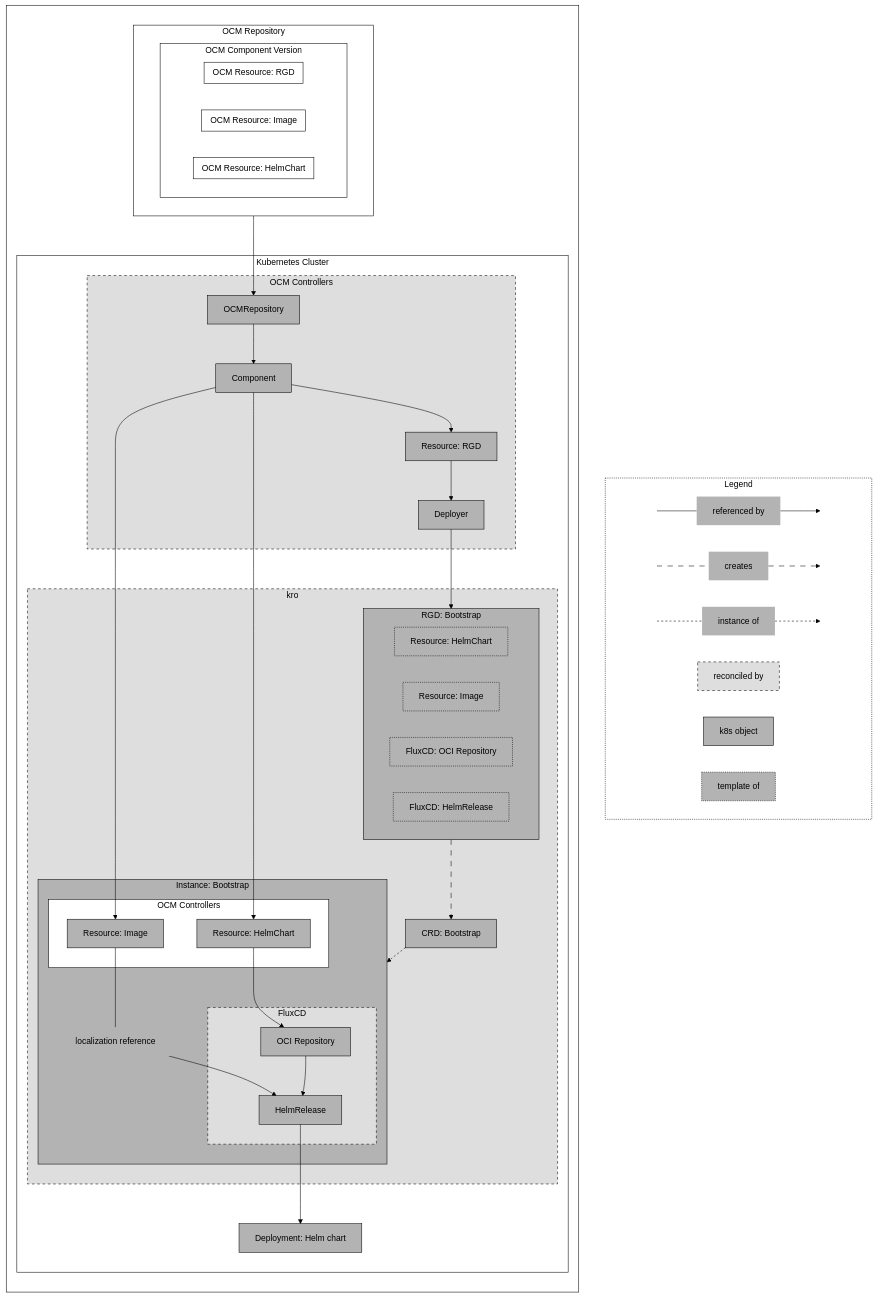
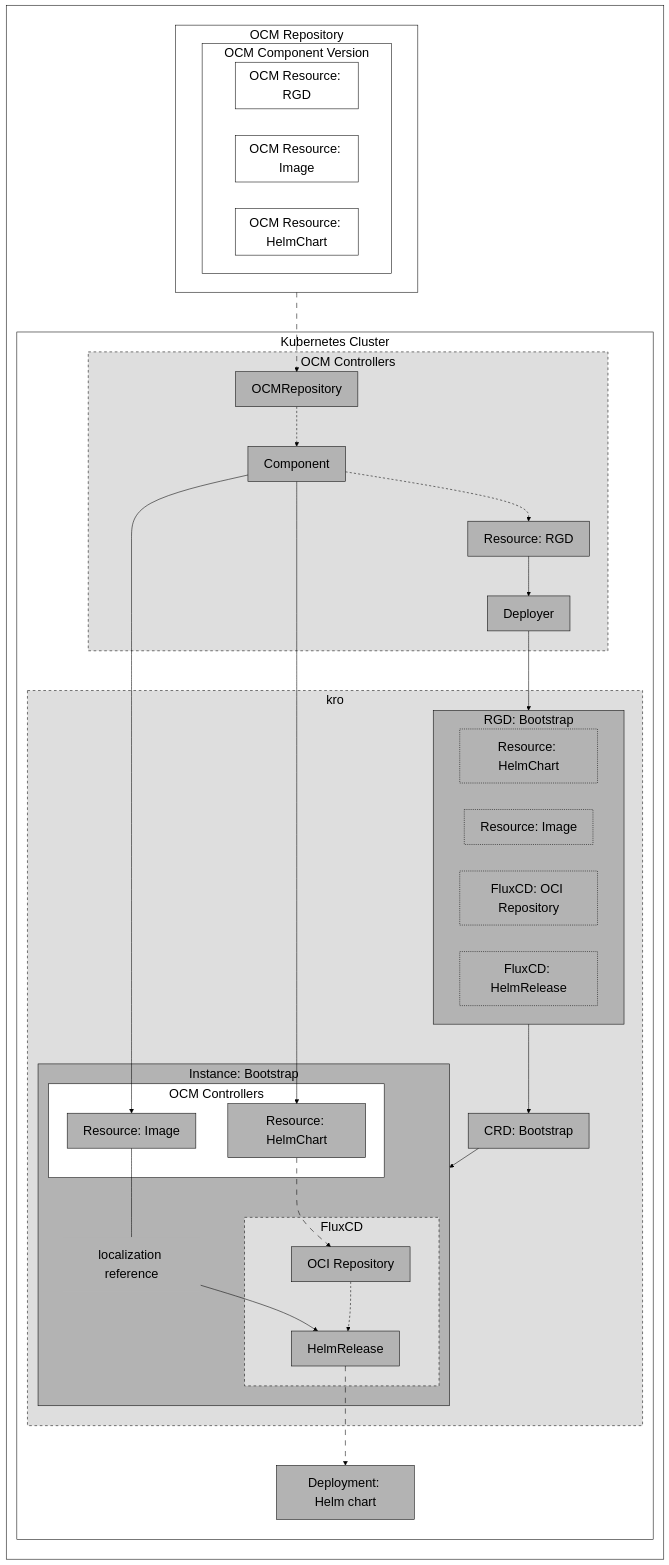
The second of 3 diagrams in docs/twinctl/integration-diagram.md (StromungsRaum/ecotwinRA), drawn with Mermaid before and after one commit. The commit also changed other lines of this file, not shown here.

Commit message:
Add diagram templates

````diff
--- a/docs/twinctl/integration-diagram.md
+++ b/docs/twinctl/integration-diagram.md
@@ -36,78 +38,65 @@
 ```mermaid
 flowchart TB
+%%{init: {'theme': 'base', 'themeVariables': { 'fontSize': '24px'}}}%%
 classDef cluster fill:white,color:black,stroke:black;
 classDef reconciledBy fill:#dedede,stroke:black,stroke-dasharray: 5,color:black;
 classDef k8sObject fill:#b3b3b3,color:black,stroke:black;
 classDef information fill:#b3b3b3,color:black,stroke:none;
 classDef templateOf fill:#b3b3b3,color:black,stroke:black,stroke-dasharray: 2;
 classDef ocm fill:white,stroke:black,color:black;
-classDef legendStyle fill:white,stroke:black,color:black,stroke-dasharray: 2;
-classDef legendStartEnd height:0px;
-classDef legendItems fill:#b3b3b3,stroke:none,color:black;
-subgraph legend[Legend]
-start1[ ] ---references[referenced by] --> end1[ ]
-start2[ ] -.-creates -.-> end2[ ]
-start3[ ] ---instanceOf[instance of] --> end3[ ]
-start4[ ] ~~~reconciledBy[reconciled by] ~~~ end4[ ]
-start5[ ] ~~~k8sObject[k8s object] ~~~ end5[ ]
-start6[ ] ~~~templateOf[template of] ~~~ end6[ ]
-end
 subgraph background[ ]
-direction TB
-subgraph ocmRepo[OCM Repository]
-subgraph ocmCV[OCM Component Version]
-direction RL
-subgraph ocmResourceHelm[OCM Resource: HelmChart]
-end
-subgraph ocmResourceImage[OCM Resource: Image]
-end
-subgraph ocmResourceRGD[OCM Resource: RGD]
-end
-end
-end
-subgraph k8sCluster[Kubernetes Cluster]
-subgraph bootstrap[OCM Controllers]
-k8sRepo[OCMRepository]
-k8sComponent[Component]
-k8sResourceRGD[Resource: RGD]
-k8sDeployer[Deployer]
-end
-subgraph kro[kro]
-subgraph rgd[RGD: Bootstrap]
-rgdResourceHelm[Resource: HelmChart]
-rgdResourceImage[Resource: Image]
-rgdSource[FluxCD: OCI Repository]
-rgdHelmRelease[FluxCD: HelmRelease]
-end
-crdBootstrap[CRD: Bootstrap]
-subgraph instanceBootstrap[Instance: Bootstrap]
-subgraph ocmControllers[OCM Controllers]
-k8sResourceHelm[Resource: HelmChart]
-k8sResourceImage[Resource: Image]
-end
-subgraph fluxCD[FluxCD]
-source[OCI Repository]
-helmRelease[HelmRelease]
-end
-k8sResourceImage ---info[localization reference] --> helmRelease
-end
-end
-helmRelease --> deployment[Deployment: Helm chart]
-end
-ocmRepo --> k8sRepo --> k8sComponent --> k8sResourceRGD --> k8sDeployer --> rgd --> crdBootstrap --> instanceBootstrap
-k8sComponent --> k8sResourceHelm & k8sResourceImage
-k8sResourceHelm --> source --> helmRelease
+    direction TB
+    subgraph ocmRepo[OCM Repository]
+        subgraph ocmCV[OCM Component Version]
+        direction RL
+            subgraph ocmResourceHelm[OCM Resource: HelmChart]
+            end
+            subgraph ocmResourceImage[OCM Resource: Image]
+            end
+            subgraph ocmResourceRGD[OCM Resource: RGD]
+            end
+        end
+    end
+    subgraph k8sCluster[Kubernetes Cluster]
+        subgraph bootstrap[OCM Controllers]
+            k8sRepo[OCMRepository]
+            k8sComponent[Component]
+            k8sResourceRGD[Resource: RGD]
+            k8sDeployer[Deployer]
+        end
+        subgraph kro[kro]
+            subgraph rgd[RGD: Bootstrap]
+                rgdResourceHelm[Resource: HelmChart]
+                rgdResourceImage[Resource: Image]
+                rgdSource[FluxCD: OCI Repository]
+                rgdHelmRelease[FluxCD: HelmRelease]
+            end
+            crdBootstrap[CRD: Bootstrap]
+            subgraph instanceBootstrap[Instance: Bootstrap]
+                subgraph ocmControllers[OCM Controllers]
+                    k8sResourceHelm[Resource: HelmChart]
+                    k8sResourceImage[Resource: Image]
+                end
+                subgraph fluxCD[FluxCD]
+                    source[OCI Repository]
+                    helmRelease[HelmRelease]
+                end
+                k8sResourceImage ---info[localization reference] --> helmRelease
+            end
+        end
+        helmRelease --> deployment[Deployment: Helm chart]
+    end
+    ocmRepo --> k8sRepo --> k8sComponent --> k8sResourceRGD --> k8sDeployer --> rgd --> crdBootstrap --> instanceBootstrap
+    k8sComponent --> k8sResourceHelm & k8sResourceImage
+    k8sResourceHelm --> source --> helmRelease
 end
 linkStyle default fill:none,stroke:black,color:black;
-linkStyle 2,3,20 stroke:black,fill:none,color:black,stroke-dasharray: 10;
-linkStyle 4,5,21 stroke:black,fill:none,color:black,stroke-dasharray: 4;
-class start1,end1,start2,end2,start3,end3,start4,end4,start5,end5,start6,end6 legendStartEnd;
-class references,creates,instanceOf legendItems;
-class templateOf,rgdResourceHelm,rgdResourceImage,rgdSource,rgdHelmRelease templateOf;
+linkStyle 2,3,12 stroke:black,fill:none,color:black,stroke-dasharray: 10;
+linkStyle 4,5,13 stroke:black,fill:none,color:black,stroke-dasharray: 4;
+class rgdResourceHelm,rgdResourceImage,rgdSource,rgdHelmRelease templateOf;
 class info information;
-class reconciledBy,ocmK8sToolkit,bootstrap,fluxCD,kro reconciledBy;
-class k8sObject,rgd,k8sRepo,k8sComponent,k8sResourceRGD,k8sDeployer,k8sResourceHelm,k8sResourceImage,source,helmRelease,deployment,crdBootstrap,instanceBootstrap k8sObject;
+class ocmK8sToolkit,bootstrap,fluxCD,kro reconciledBy;
+class rgd,k8sRepo,k8sComponent,k8sResourceRGD,k8sDeployer,k8sResourceHelm,k8sResourceImage,source,helmRelease,deployment,crdBootstrap,instanceBootstrap k8sObject;
 class ocmRepo,ocmCV,ocmResourceHelm,ocmResourceRGD,ocmResourceImage ocm;
 class k8sCluster cluster;
-class legend legendStyle;
 ```
````
